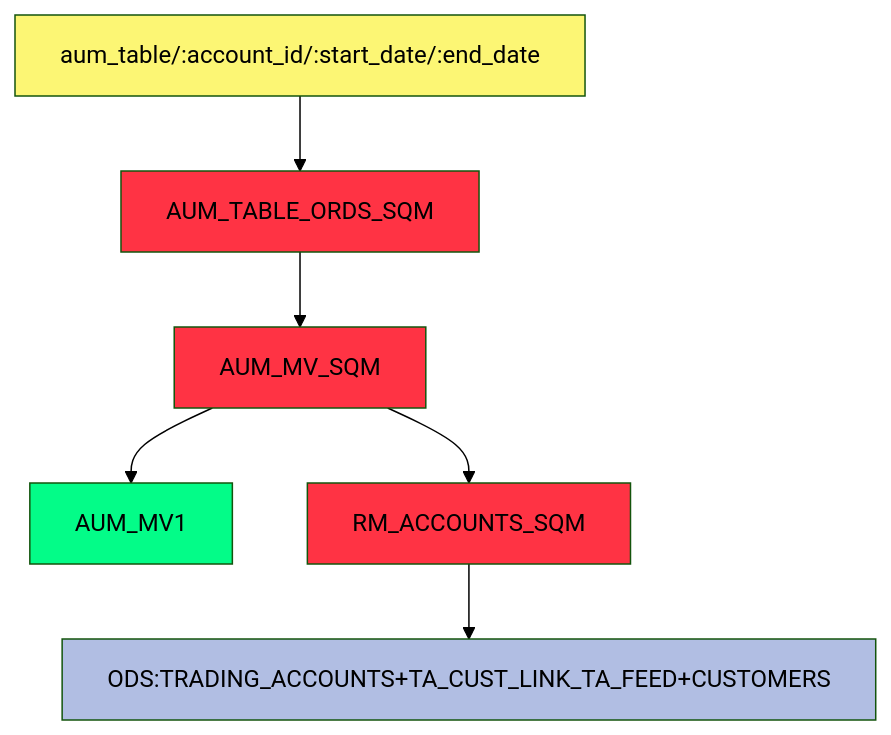
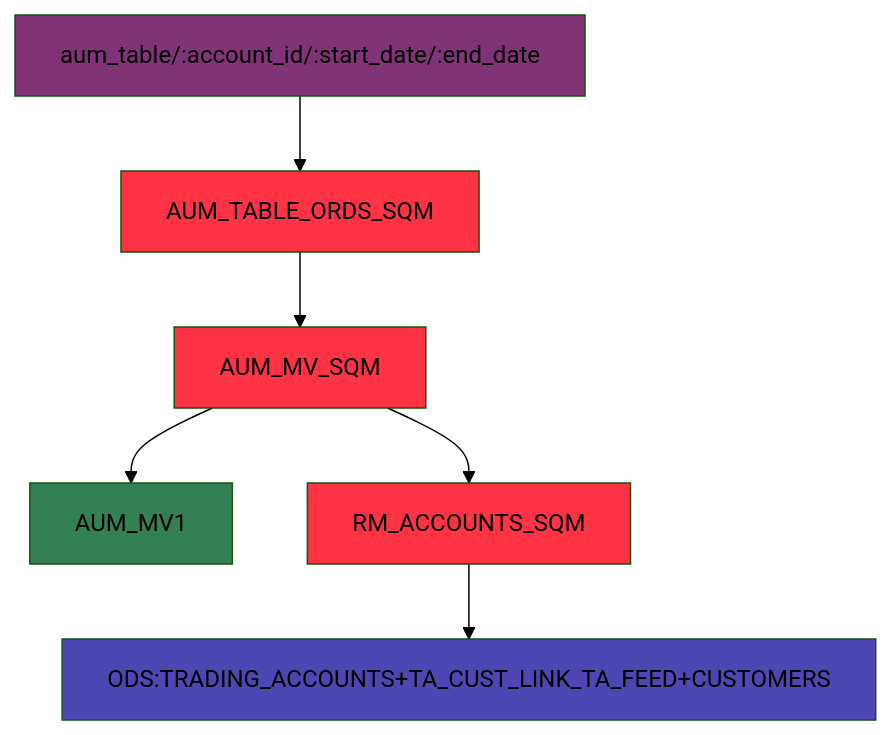
Before and after one commit to zjph90/testrepo: the diagram in README.md, drawn with Mermaid (forest theme).

````diff
--- a/README.md
+++ b/README.md
@@ -3,12 +3,12 @@
 ```mermaid
 graph TD
     classDef sql_macro fill:#f34
-    classDef mview fill:#03fc88
-    classDef table fill:#b1bee3
-    classDef ords fill:#fcf674
+    classDef mview fill:#338055
+    classDef table fill:#4d47b3
+    classDef ords fill:#803377
     ords["aum_table/:account_id/:start_date/:end_date"]:::ords --> AUM_TABLE_ORDS_SQM:::sql_macro
     AUM_TABLE_ORDS_SQM --> AUM_MV_SQM:::sql_macro
     AUM_MV_SQM --> AUM_MV1:::mview
     AUM_MV_SQM --> RM_ACCOUNTS_SQM:::sql_macro
     RM_ACCOUNTS_SQM --> tabs["ODS:TRADING_ACCOUNTS+TA_CUST_LINK_TA_FEED+CUSTOMERS"]:::table
 ```
````
